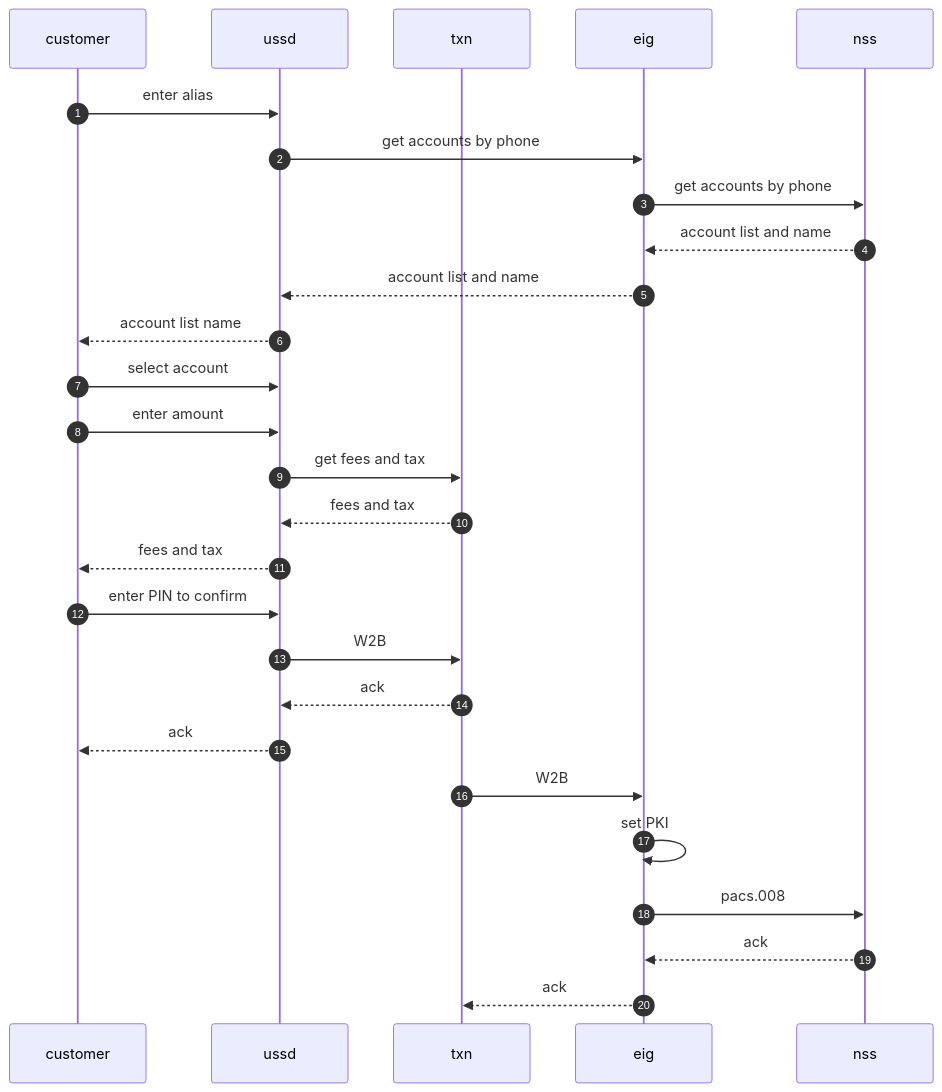
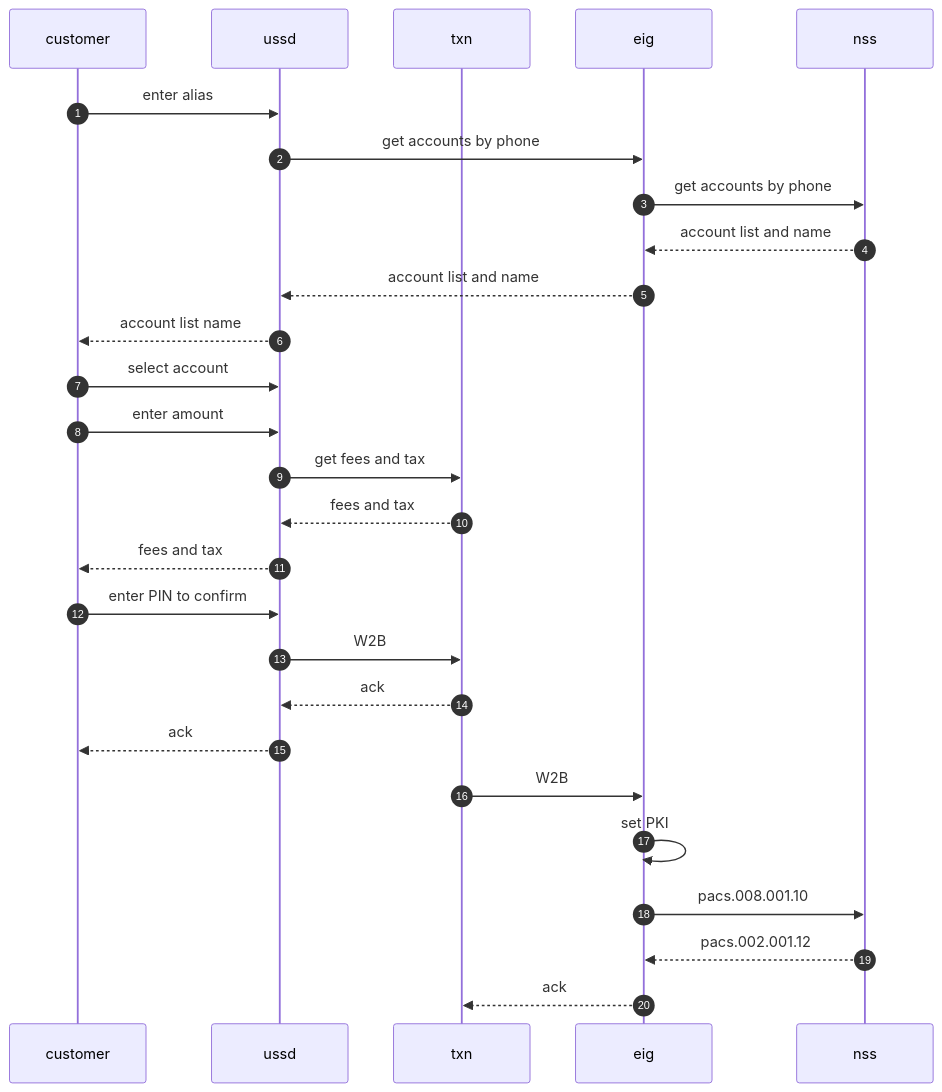
Before and after one commit to kiswend/NSS: the second of 2 diagrams in send-request.md, drawn with Mermaid. The commit also changed other lines of this file and 3 other files, not shown here.

````diff
--- a/send-request.md
+++ b/send-request.md
@@ -70,30 +70,30 @@
 ```mermaid
 sequenceDiagram
     autonumber
     participant customer
     participant ussd
     participant txn
     participant eig
     participant nss
 
     customer ->> ussd: enter alias
     ussd ->> eig: get accounts by phone
     eig ->> nss: get accounts by phone
     nss -->> eig: account list and name
     eig -->> ussd: account list and name
     ussd -->> customer: account list name
     customer ->> ussd: select account
     customer ->> ussd: enter amount
     ussd ->> txn: get fees and tax
     txn -->> ussd: fees and tax
     ussd -->> customer: fees and tax
     customer ->> ussd: enter PIN to confirm
     ussd ->> txn: W2B
     txn -->> ussd:ack
     ussd -->> customer: ack
     txn ->> eig: W2B
     eig ->> eig: set PKI
-    eig ->> nss: pacs.008
-    nss -->> eig: ack
+    eig ->> nss: pacs.008.001.10
+    nss -->> eig: pacs.002.001.12
     eig -->>txn: ack
 ```
````
